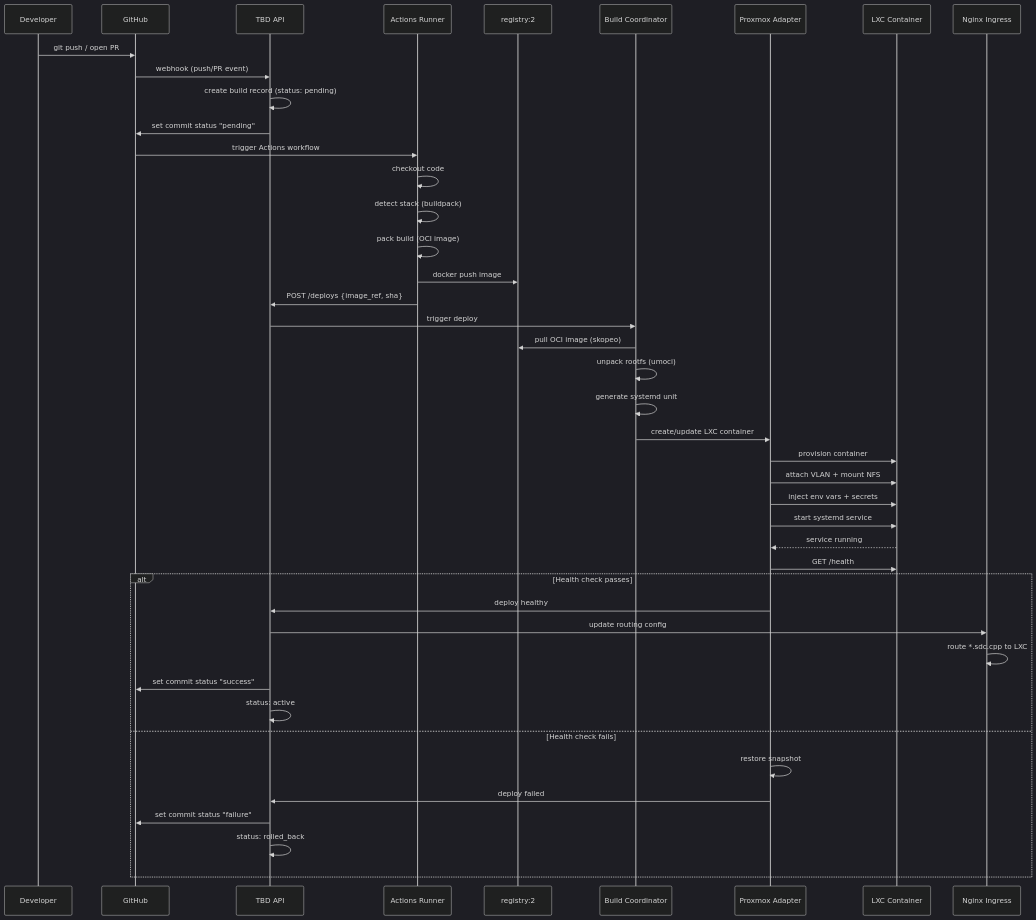
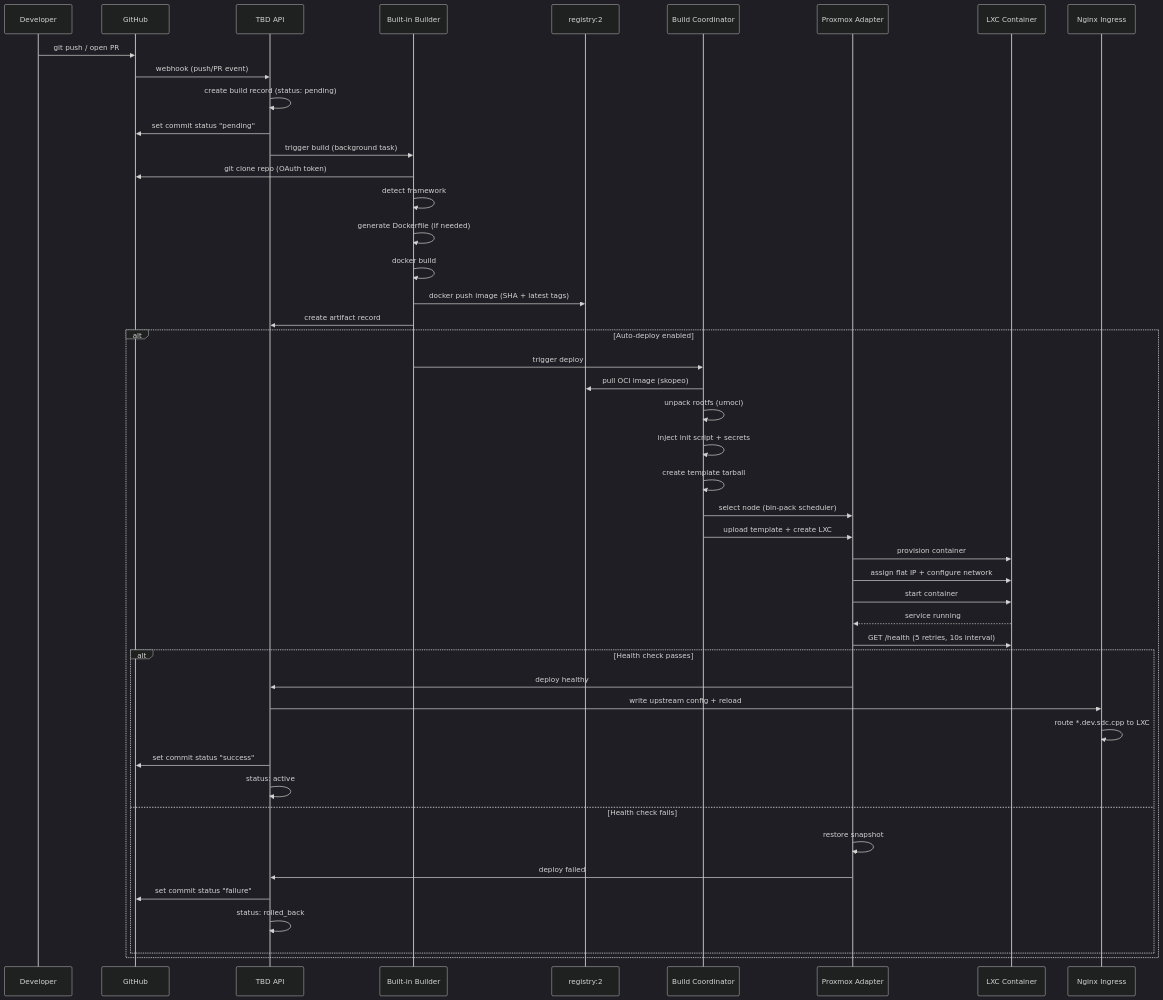
One commit to xdkaine/tbd-dev changed the diagram in docs/build-deploy-flow.md. Above: the diagram before and after it, drawn with Mermaid (dark theme). The commit also changed other lines of this file and 6 other files, not shown here.

````diff
--- a/docs/build-deploy-flow.md
+++ b/docs/build-deploy-flow.md
@@ -82,52 +11,55 @@
 ```mermaid
 sequenceDiagram
     participant Dev as Developer
     participant GH as GitHub
     participant API as TBD API
-    participant GHA as Actions Runner
+    participant BLD as Built-in Builder
     participant REG as registry:2
     participant BC as Build Coordinator
     participant PVE as Proxmox Adapter
     participant LXC as LXC Container
     participant NGX as Nginx Ingress
 
     Dev->>GH: git push / open PR
     GH->>API: webhook (push/PR event)
     API->>API: create build record (status: pending)
     API->>GH: set commit status "pending"
-    GH->>GHA: trigger Actions workflow
+    API->>BLD: trigger build (background task)
 
-    GHA->>GHA: checkout code
-    GHA->>GHA: detect stack (buildpack)
-    GHA->>GHA: pack build (OCI image)
-    GHA->>REG: docker push image
+    BLD->>GH: git clone repo (OAuth token)
+    BLD->>BLD: detect framework
+    BLD->>BLD: generate Dockerfile (if needed)
+    BLD->>BLD: docker build
+    BLD->>REG: docker push image (SHA + latest tags)
+    BLD->>API: create artifact record
 
-    GHA->>API: POST /deploys {image_ref, sha}
-    API->>BC: trigger deploy
+    alt Auto-deploy enabled
+        BLD->>BC: trigger deploy
+        BC->>REG: pull OCI image (skopeo)
+        BC->>BC: unpack rootfs (umoci)
+        BC->>BC: inject init script + secrets
+        BC->>BC: create template tarball
+        BC->>PVE: select node (bin-pack scheduler)
+        BC->>PVE: upload template + create LXC
 
-    BC->>REG: pull OCI image (skopeo)
-    BC->>BC: unpack rootfs (umoci)
-    BC->>BC: generate systemd unit
-    BC->>PVE: create/update LXC container
+        PVE->>LXC: provision container
+        PVE->>LXC: assign flat IP + configure network
+        PVE->>LXC: start container
 
-    PVE->>LXC: provision container
-    PVE->>LXC: attach VLAN + mount NFS
-    PVE->>LXC: inject env vars + secrets
-    PVE->>LXC: start systemd service
+        LXC-->>PVE: service running
+        PVE->>LXC: GET /health (5 retries, 10s interval)
 
-    LXC-->>PVE: service running
-    PVE->>LXC: GET /health
-
-    alt Health check passes
-        PVE->>API: deploy healthy
-        API->>NGX: update routing config
-        NGX->>NGX: route *.sdc.cpp to LXC
-        API->>GH: set commit status "success"
-        API->>API: status: active
-    else Health check fails
-        PVE->>PVE: restore snapshot
-        PVE->>API: deploy failed
-        API->>GH: set commit status "failure"
-        API->>API: status: rolled_back
+        alt Health check passes
+            PVE->>API: deploy healthy
+            API->>NGX: write upstream config + reload
+            NGX->>NGX: route *.dev.sdc.cpp to LXC
+            API->>GH: set commit status "success"
+            API->>API: status: active
+        else Health check fails
+            PVE->>PVE: restore snapshot
+            PVE->>API: deploy failed
+            API->>GH: set commit status "failure"
+            API->>API: status: rolled_back
+        end
     end
 ```
````
